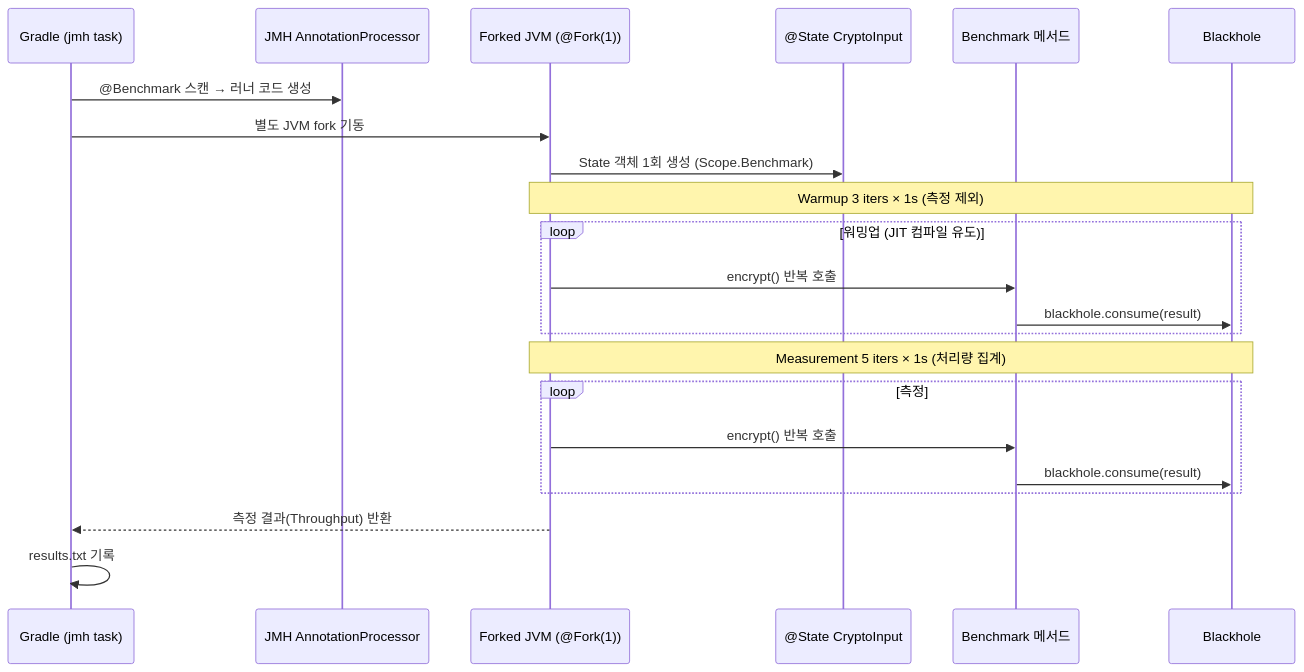
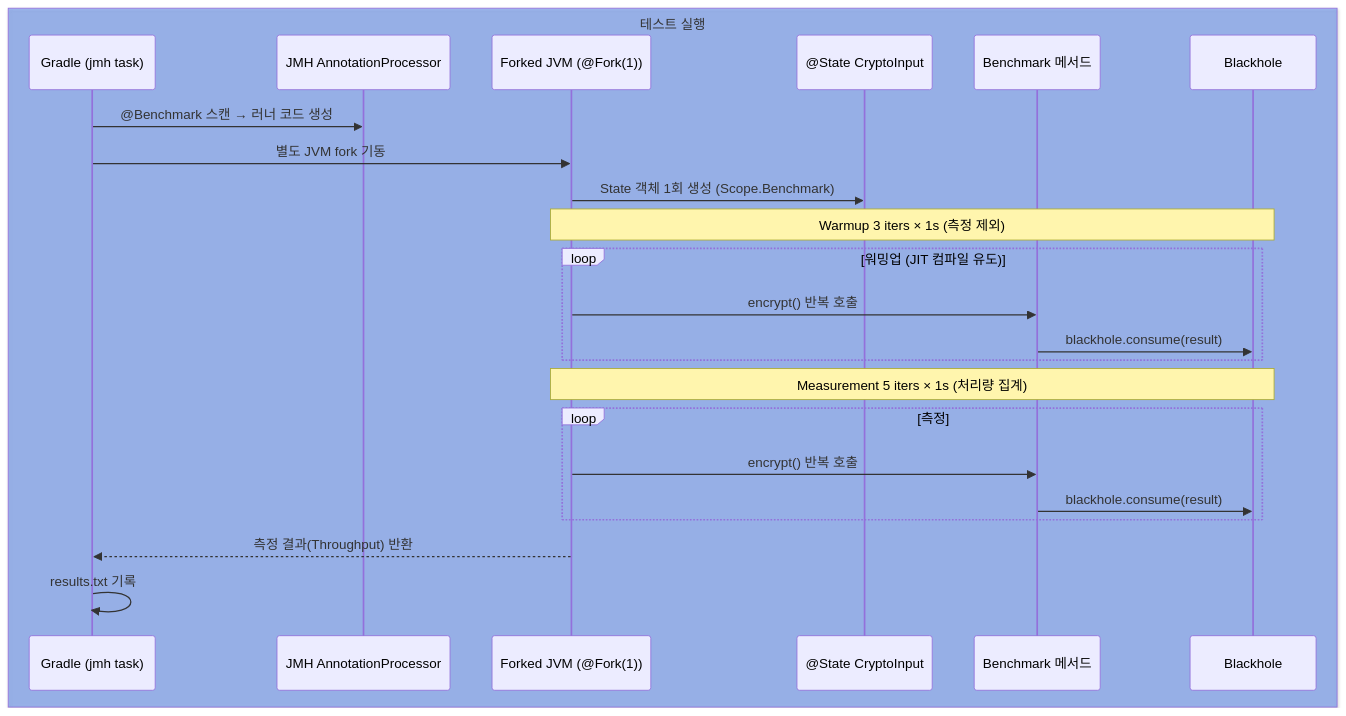
Before and after one commit to HJC96/deep-dive: the first of 3 diagrams in labs/java-sandbox/README.md, drawn with Mermaid. The commit also changed other lines of this file and 4 other files, not shown here.

````diff
--- a/labs/java-sandbox/README.md
+++ b/labs/java-sandbox/README.md
@@ -34,25 +52,28 @@
 ```mermaid
 sequenceDiagram
+
+    box rgba(37, 99, 235, 0.40) 테스트 실행
     participant G as Gradle (jmh task)
     participant AP as JMH AnnotationProcessor
     participant F as Forked JVM (@Fork(1))
     participant S as @State CryptoInput
     participant B as Benchmark 메서드
     participant H as Blackhole
+    end
 
     G->>AP: @Benchmark 스캔 → 러너 코드 생성
     G->>F: 별도 JVM fork 기동
     F->>S: State 객체 1회 생성 (Scope.Benchmark)
     Note over F,H: Warmup 3 iters × 1s (측정 제외)
     loop 워밍업 (JIT 컴파일 유도)
         F->>B: encrypt() 반복 호출
         B->>H: blackhole.consume(result)
     end
     Note over F,H: Measurement 5 iters × 1s (처리량 집계)
     loop 측정
         F->>B: encrypt() 반복 호출
         B->>H: blackhole.consume(result)
     end
     F-->>G: 측정 결과(Throughput) 반환
     G->>G: results.txt 기록
 ```
````
